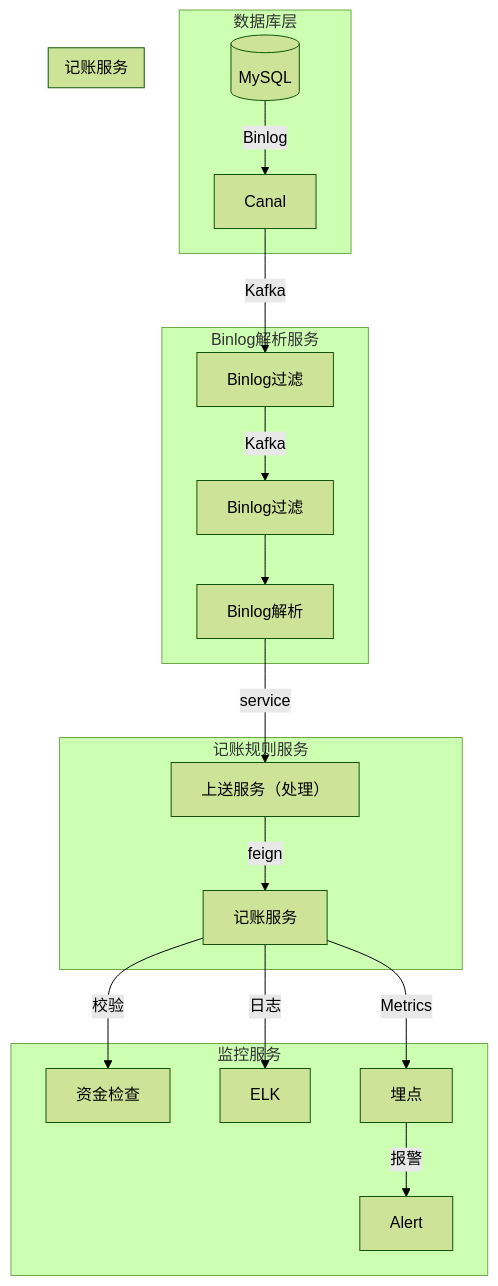
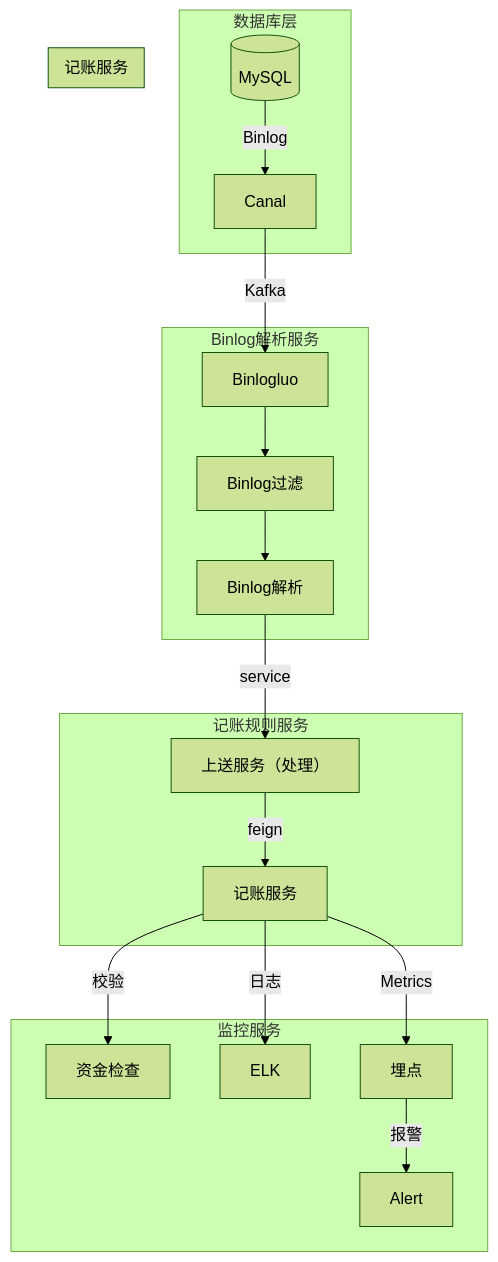
Before and after one commit to 87828943/iodraw-files: the diagram in all/记账架构图.md, drawn with Mermaid (forest theme).

Commit message:
2025-07-07 14:43:50 update

````diff
--- a/all/记账架构图.md
+++ b/all/记账架构图.md
@@ -1,24 +1,24 @@
 ```mermaid
 graph TB
     subgraph 数据库层
         DB[(MySQL)] -->|Binlog| Canal
     end
     subgraph Binlog解析服务
-        Canal -->|Kafka| Parser[Binlog过滤]
-        Parser -->|Kafka| Parser1[Binlog过滤]
+        Canal -->|Kafka| Parser[Binlogluo]
+        Parser --> Parser1[Binlog过滤]
         Parser1 --> Parser2[Binlog解析]
     end
     subgraph 记账规则服务
         Parser2 -->|service| Engine[上送服务（处理）]
         Engine -->|feign| Accounting[记账服务]
     end
     subgraph 记账服务
        
     end
     subgraph 监控服务
         Accounting --> |校验| 资金检查
         Accounting -->|日志| ELK
         Accounting -->|Metrics| 埋点
         埋点 -->|报警| Alert
     end
 ```
````
